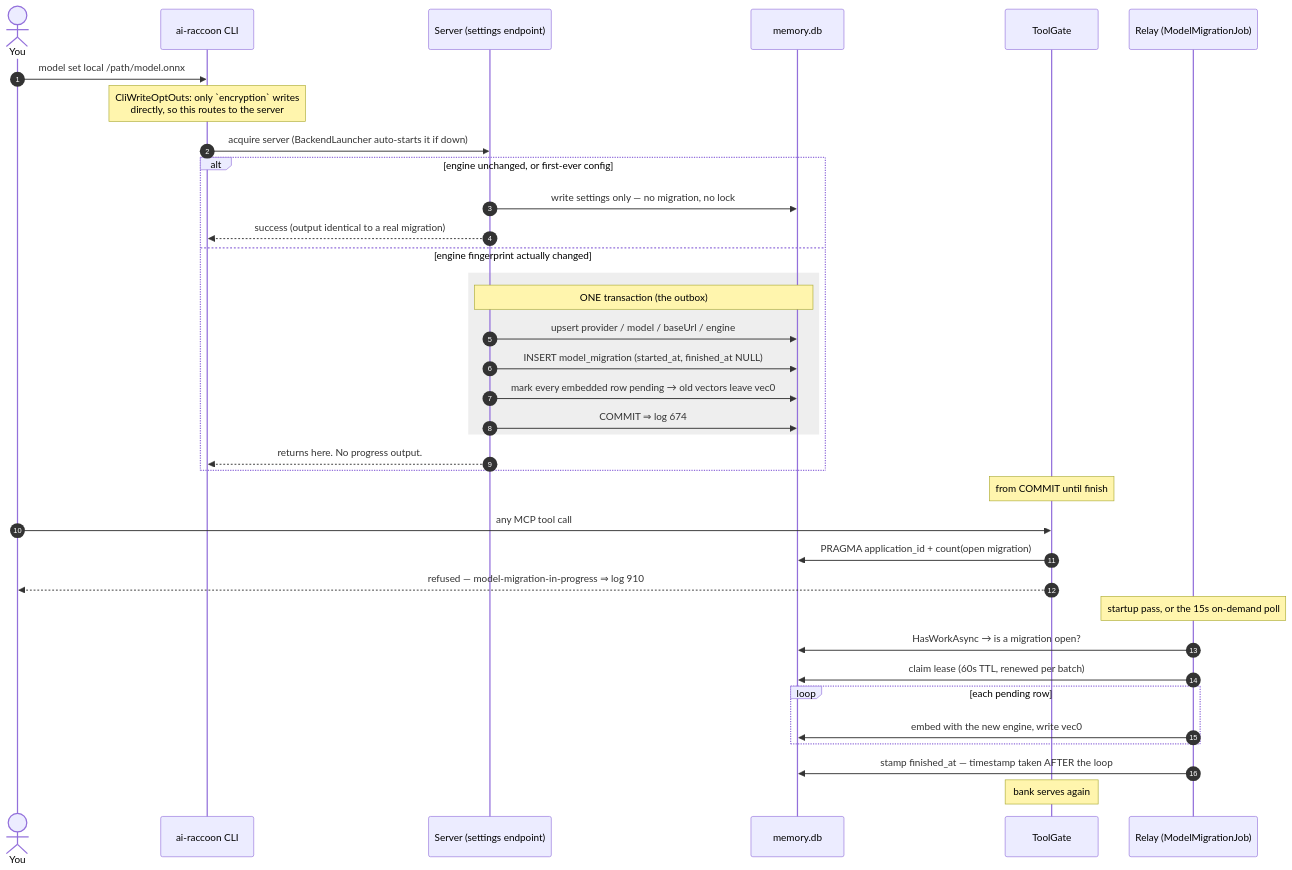
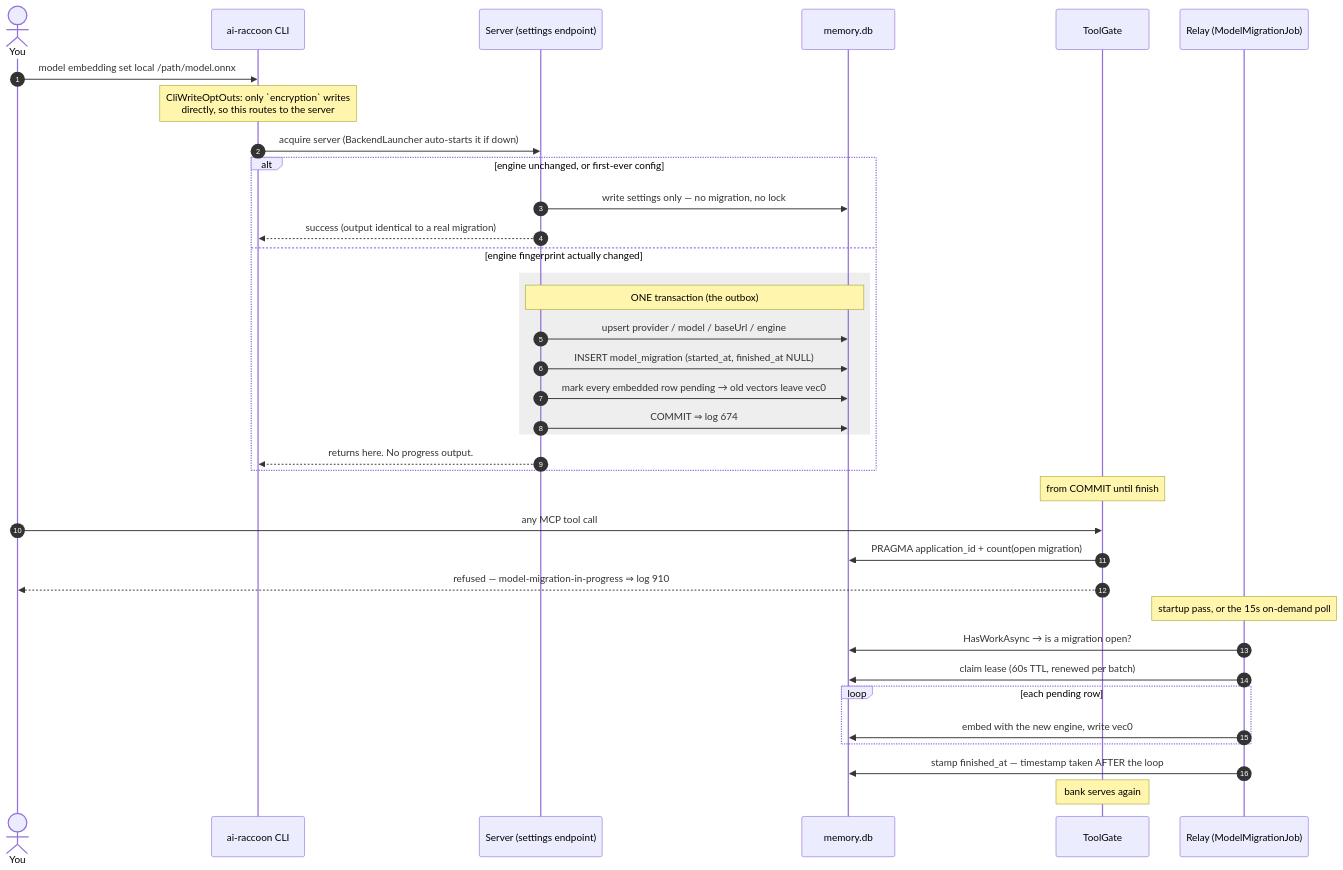
One commit to Arasz/ai-raccoon changed the diagram in docs/explanation/model-migration-flow.md. Above: the diagram before and after it, drawn with Mermaid. The commit also changed other lines of this file and 20 other files, not shown here.

````diff
--- a/docs/explanation/model-migration-flow.md
+++ b/docs/explanation/model-migration-flow.md
@@ -58,42 +65,42 @@
 ```mermaid
 sequenceDiagram
     autonumber
     actor U as You
     participant CLI as ai-raccoon CLI
     participant S as Server (settings endpoint)
     participant DB as memory.db
     participant G as ToolGate
     participant R as Relay (ModelMigrationJob)
 
-    U->>CLI: model set local /path/model.onnx
+    U->>CLI: model embedding set local /path/model.onnx
     Note over CLI: CliWriteOptOuts: only `encryption` writes<br/>directly, so this routes to the server
     CLI->>S: acquire server (BackendLauncher auto-starts it if down)
 
     alt engine unchanged, or first-ever config
         S->>DB: write settings only — no migration, no lock
         S-->>CLI: success (output identical to a real migration)
     else engine fingerprint actually changed
         rect rgb(238,238,238)
             Note over S,DB: ONE transaction (the outbox)
             S->>DB: upsert provider / model / baseUrl / engine
             S->>DB: INSERT model_migration (started_at, finished_at NULL)
             S->>DB: mark every embedded row pending → old vectors leave vec0
             S->>DB: COMMIT ⇒ log 674
         end
         S-->>CLI: returns here. No progress output.
     end
 
     Note over G: from COMMIT until finish
     U->>G: any MCP tool call
     G->>DB: PRAGMA application_id + count(open migration)
     G-->>U: refused — model-migration-in-progress ⇒ log 910
 
     Note over R: startup pass, or the 15s on-demand poll
     R->>DB: HasWorkAsync → is a migration open?
     R->>DB: claim lease (60s TTL, renewed per batch)
     loop each pending row
         R->>DB: embed with the new engine, write vec0
     end
     R->>DB: stamp finished_at — timestamp taken AFTER the loop
     Note over G: bank serves again
 ```
````
